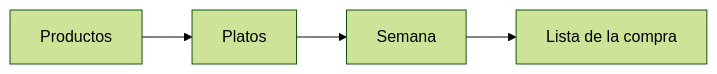
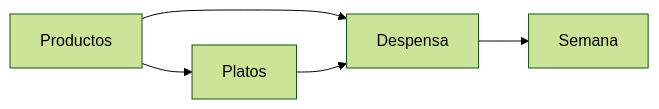
Before and after one commit to martamacfly/comi2: the diagram in README.md, drawn with Mermaid (forest theme). The commit also changed other lines of this file and 20 other files, not shown here.

First line of the commit message:
feat: añadir sección Despensa y quitar la lista de la compra

````diff
--- a/README.md
+++ b/README.md
@@ -23,6 +23,7 @@
 ```mermaid
 flowchart LR
   Productos[Productos] --> Platos[Platos]
-  Platos --> Semana[Semana]
-  Semana --> Lista[Lista de la compra]
+  Productos --> Despensa[Despensa]
+  Platos --> Despensa
+  Despensa --> Semana[Semana]
 ```
````
